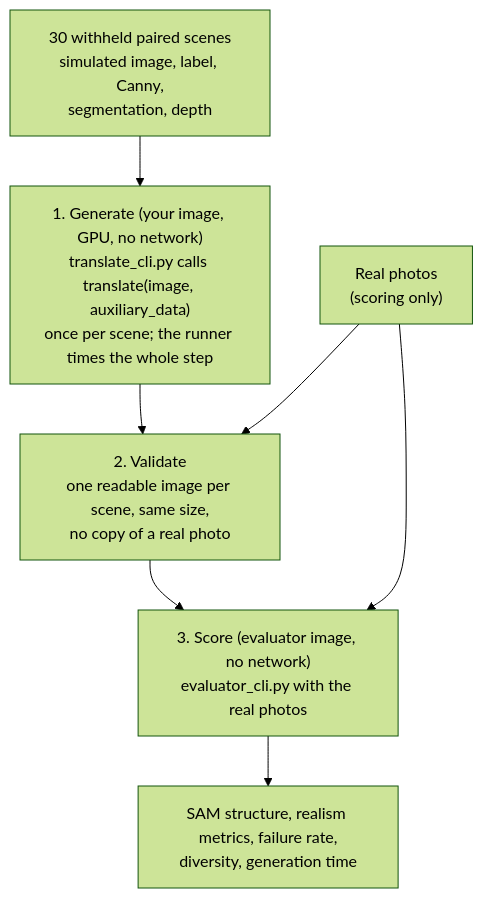
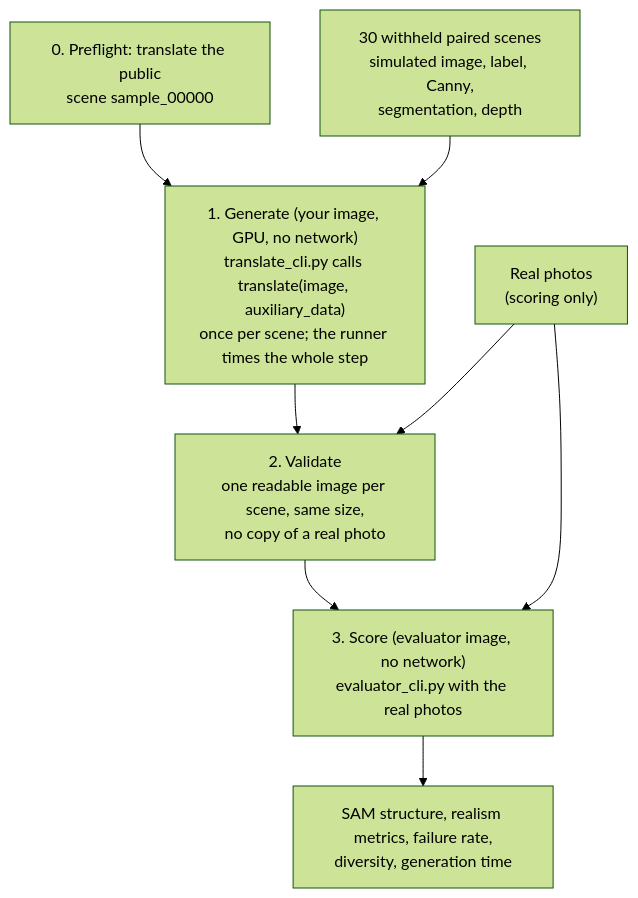
The second of 3 diagrams in EVALUATION_GUIDE.md (isu-challenge/Starterkit-ICSE-2027), drawn with Mermaid (forest theme) before and after one commit. The commit also changed other lines of this file and 2 other files, not shown here.

Commit message:
Document the checks before the evaluation and the preflight run

````diff
--- a/EVALUATION_GUIDE.md
+++ b/EVALUATION_GUIDE.md
@@ -69,9 +70,10 @@
 ```mermaid
 flowchart TB
+  F["0. Preflight: translate the public<br/>scene sample_00000"] --> G
   S["30 withheld paired scenes<br/>simulated image, label, Canny,<br/>segmentation, depth"] --> G["1. Generate (your image, GPU, no network)<br/>translate_cli.py calls translate(image, auxiliary_data)<br/>once per scene; the runner times the whole step"]
   G --> V["2. Validate<br/>one readable image per scene, same size,<br/>no copy of a real photo"]
   V --> E["3. Score (evaluator image, no network)<br/>evaluator_cli.py with the real photos"]
   R["Real photos<br/>(scoring only)"] --> V
   R --> E
   E --> M["SAM structure, realism metrics, failure rate,<br/>diversity, generation time"]
 ```
````
